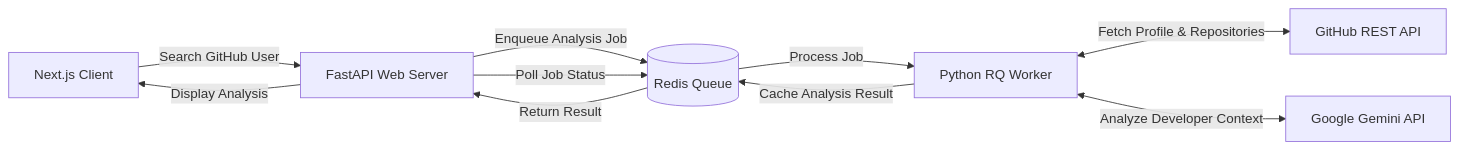
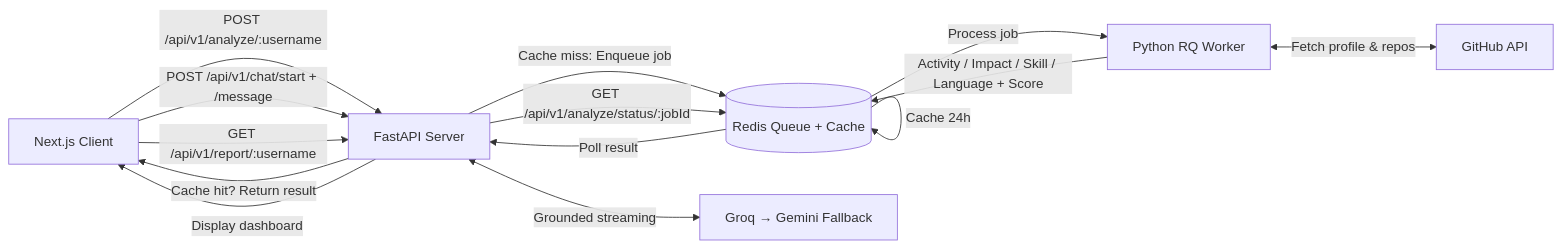
The diagram in README.md (Gugilla-Aakash/AI-GitHub-Profile-Analyzer), drawn with Mermaid before and after one commit. The commit also changed other lines of this file, not shown here.

````diff
--- a/README.md
+++ b/README.md
@@ -196,20 +342,16 @@
 ```mermaid
 graph LR
-    A[Next.js Client] -->|Search GitHub User| B[FastAPI Web Server]
-
-    B -->|Enqueue Analysis Job| C[(Redis Queue)]
-
-    C -->|Process Job| D[Python RQ Worker]
-
-    D <-->|Fetch Profile & Repositories| E[GitHub REST API]
-
-    D <-->|Analyze Developer Context| F[Google Gemini API]
-
-    D -->|Cache Analysis Result| C
-
-    B -->|Poll Job Status| C
-
-    C -->|Return Result| B
-
-    B -->|Display Analysis| A
+    A[Next.js Client] -->|POST /api/v1/analyze/:username| B[FastAPI Server]
+    B -->|Cache hit? Return result| A
+    B -->|Cache miss: Enqueue job| C[(Redis Queue + Cache)]
+    C -->|Process job| D[Python RQ Worker]
+    D <-->|Fetch profile & repos| E[GitHub API]
+    D -->|Activity / Impact / Skill / Language + Score| C
+    C -->|Cache 24h| C
+    B -->|GET /api/v1/analyze/status/:jobId| C
+    C -->|Poll result| B
+    B -->|Display dashboard| A
+    A -->|POST /api/v1/chat/start + /message| B
+    B <-->|Grounded streaming| F[Groq → Gemini Fallback]
+    A -->|GET /api/v1/report/:username| B
 ```
````
